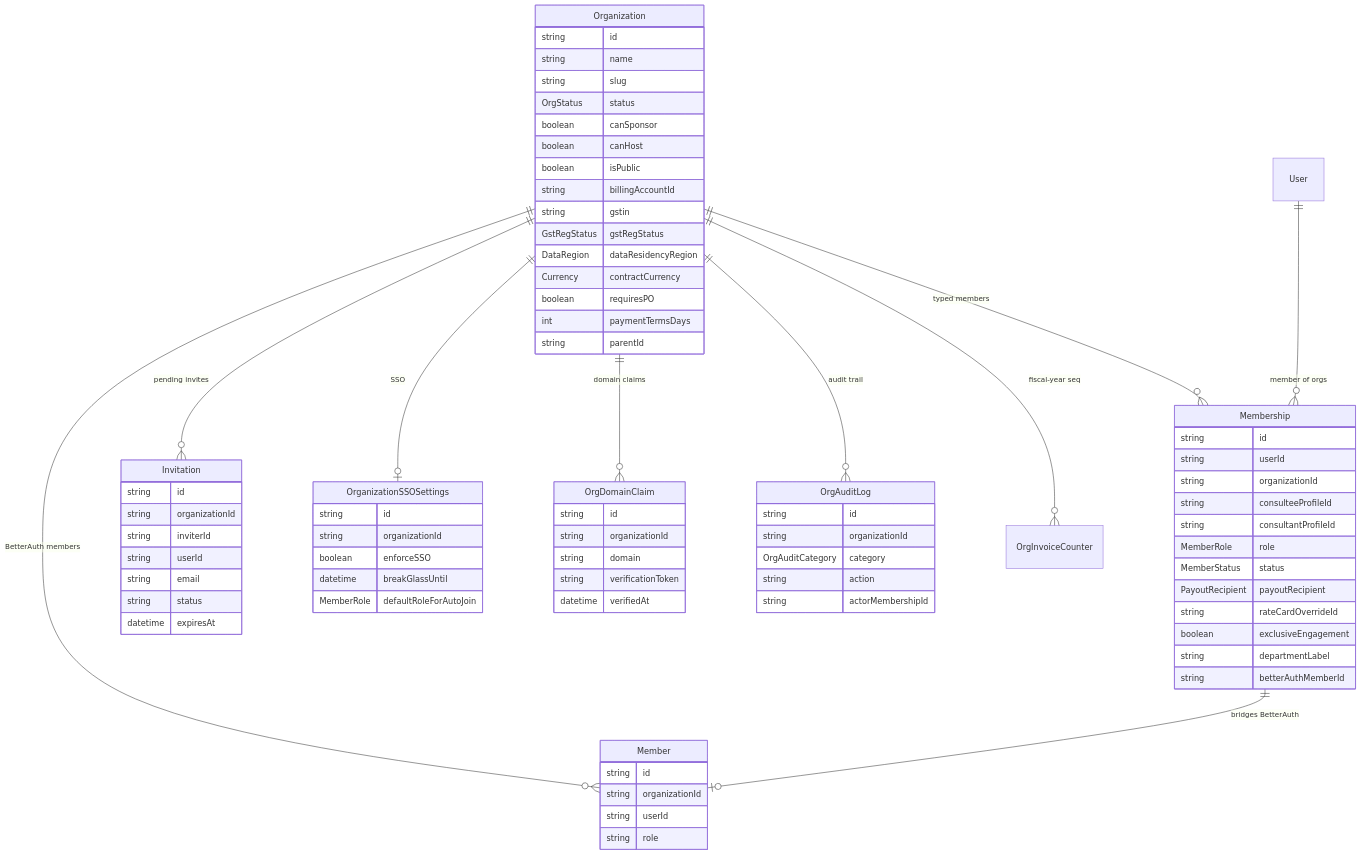
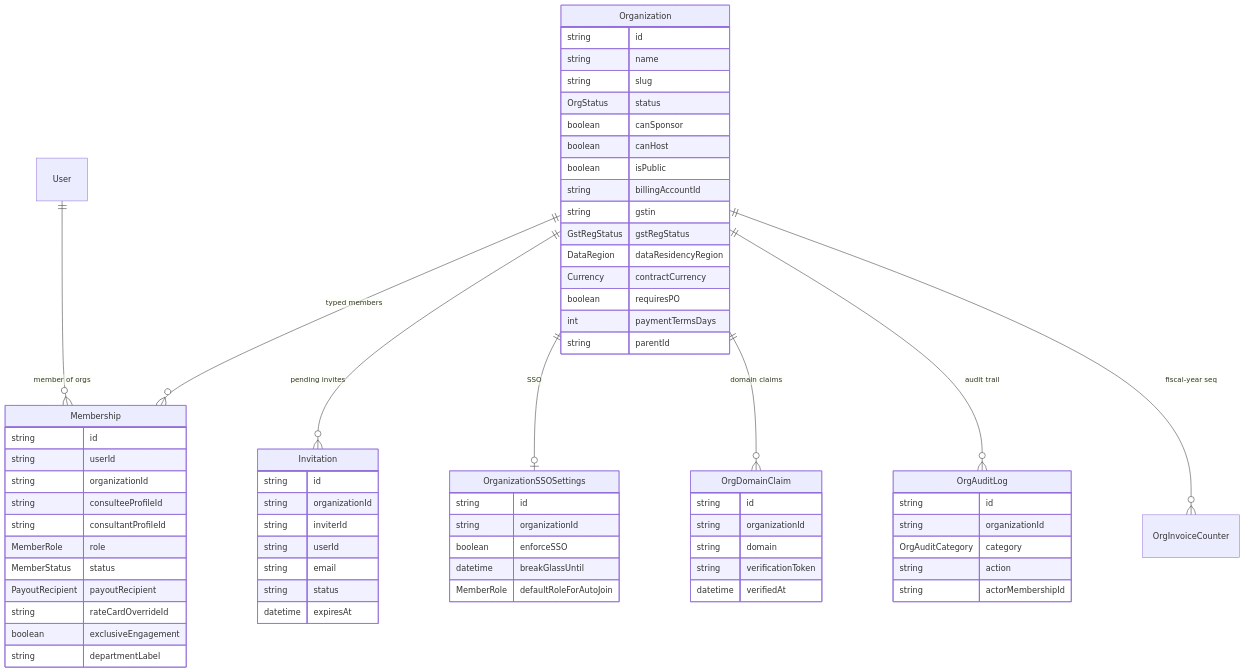
One commit to Practitionist/familiarise_web changed diagram 18 of 24 in docs/prisma/00-schema-map.md. Above: the diagram before and after it, drawn with Mermaid. The commit also changed other lines of this file and 15 other files, not shown here.

First line of the commit message:
refactor(auth): remove the organization plugin and the Member table

````diff
--- a/docs/prisma/00-schema-map.md
+++ b/docs/prisma/00-schema-map.md
@@ -1229,80 +1228,71 @@
 ```mermaid
 erDiagram
     Organization {
         string id
         string name
         string slug
         OrgStatus status
         boolean canSponsor
         boolean canHost
         boolean isPublic
         string billingAccountId
         string gstin
         GstRegStatus gstRegStatus
         DataRegion dataResidencyRegion
         Currency contractCurrency
         boolean requiresPO
         int paymentTermsDays
         string parentId
     }
     Membership {
         string id
         string userId
         string organizationId
         string consulteeProfileId
         string consultantProfileId
         MemberRole role
         MemberStatus status
         PayoutRecipient payoutRecipient
         string rateCardOverrideId
         boolean exclusiveEngagement
         string departmentLabel
-        string betterAuthMemberId
-    }
-    Member {
-        string id
-        string organizationId
-        string userId
-        string role
     }
     Invitation {
         string id
         string organizationId
         string inviterId
         string userId
         string email
         string status
         datetime expiresAt
     }
     OrganizationSSOSettings {
         string id
         string organizationId
         boolean enforceSSO
         datetime breakGlassUntil
         MemberRole defaultRoleForAutoJoin
     }
     OrgDomainClaim {
         string id
         string organizationId
         string domain
         string verificationToken
         datetime verifiedAt
     }
     OrgAuditLog {
         string id
         string organizationId
         OrgAuditCategory category
         string action
         string actorMembershipId
     }
 
     Organization ||--o{ Membership : "typed members"
-    Organization ||--o{ Member : "BetterAuth members"
     Organization ||--o{ Invitation : "pending invites"
     Organization ||--o| OrganizationSSOSettings : "SSO"
     Organization ||--o{ OrgDomainClaim : "domain claims"
     Organization ||--o{ OrgAuditLog : "audit trail"
     Organization ||--o{ OrgInvoiceCounter : "fiscal-year seq"
     User ||--o{ Membership : "member of orgs"
-    Membership ||--o| Member : "bridges BetterAuth"
 ```
````
